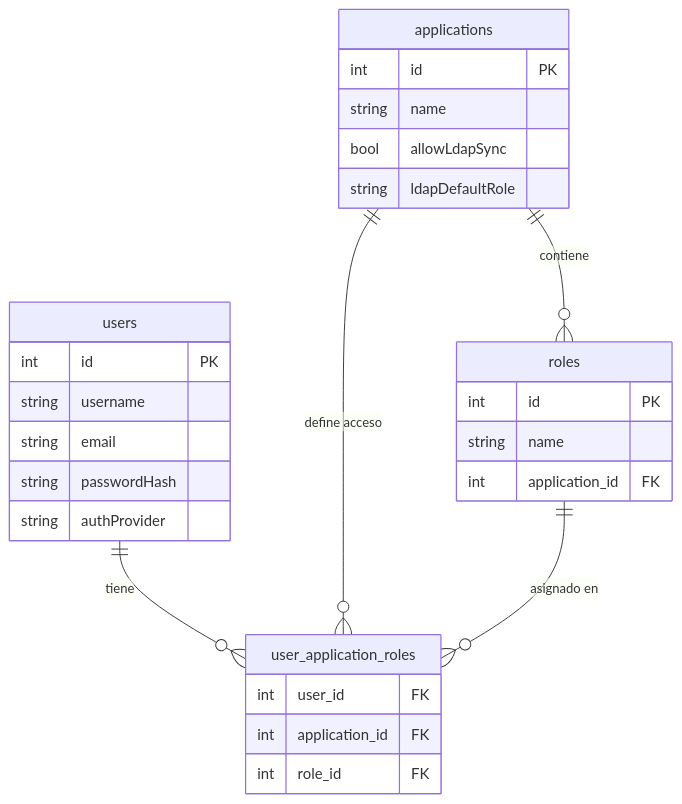
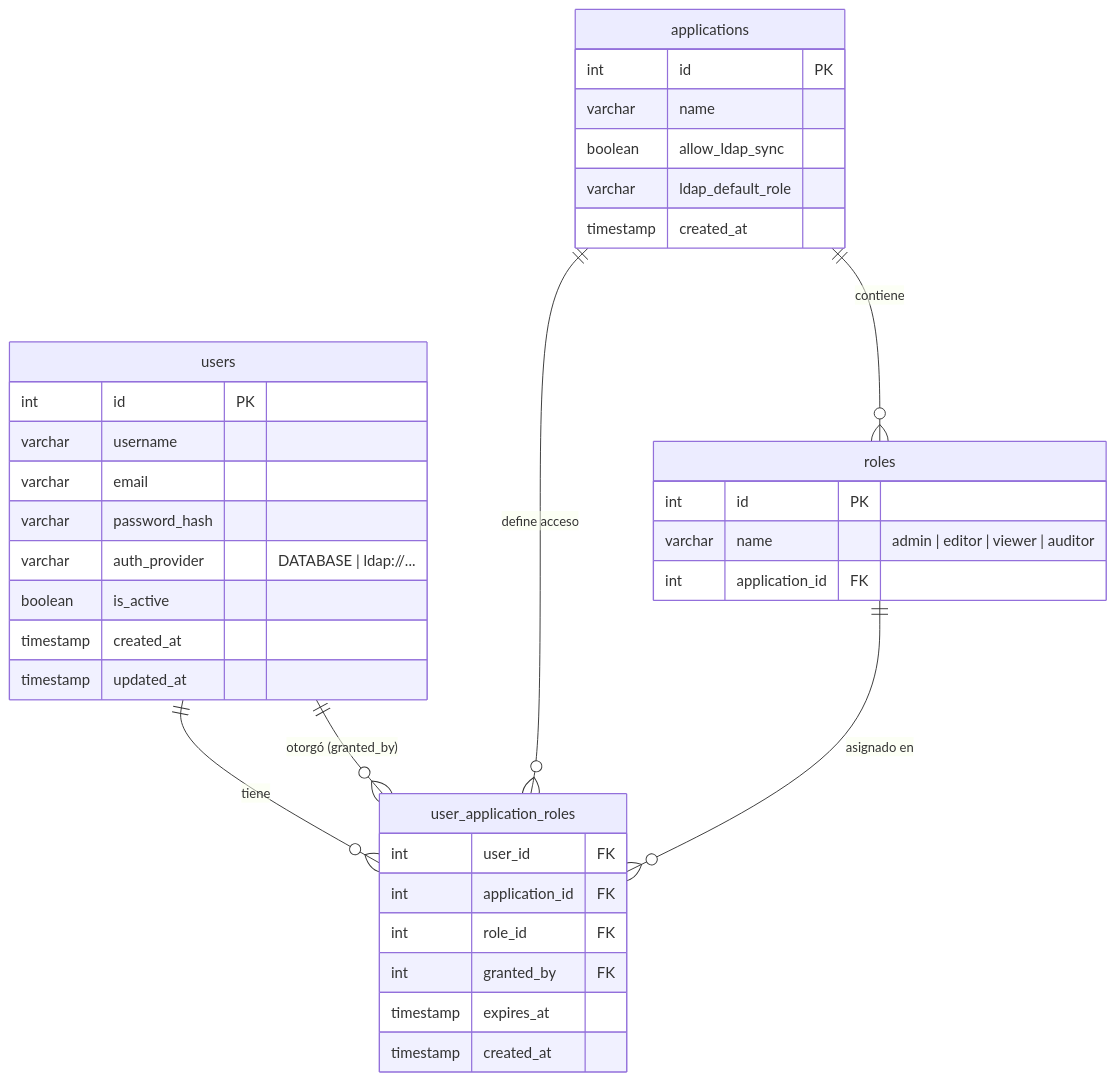
The sixth of 6 diagrams in auth_APP/README.md (jmurielSett/secHTTPS), drawn with Mermaid before and after one commit. The commit also changed other lines of this file and 5 other files, not shown here.

````diff
--- a/auth_APP/README.md
+++ b/auth_APP/README.md
@@ -177,30 +417,39 @@
 ```mermaid
 erDiagram
     users {
         int id PK
-        string username
-        string email
-        string passwordHash
-        string authProvider
+        varchar username
+        varchar email
+        varchar password_hash
+        varchar auth_provider "DATABASE | ldap://..."
+        boolean is_active
+        timestamp created_at
+        timestamp updated_at
     }
     applications {
         int id PK
-        string name
-        bool allowLdapSync
-        string ldapDefaultRole
+        varchar name
+        boolean allow_ldap_sync
+        varchar ldap_default_role
+        timestamp created_at
     }
     roles {
         int id PK
-        string name
+        varchar name "admin | editor | viewer | auditor"
         int application_id FK
     }
     user_application_roles {
         int user_id FK
         int application_id FK
         int role_id FK
+        int granted_by FK
+        timestamp expires_at
+        timestamp created_at
     }
+
     users ||--o{ user_application_roles : "tiene"
     applications ||--o{ user_application_roles : "define acceso"
     roles ||--o{ user_application_roles : "asignado en"
     applications ||--o{ roles : "contiene"
+    users ||--o{ user_application_roles : "otorgó (granted_by)"
 ```
````
